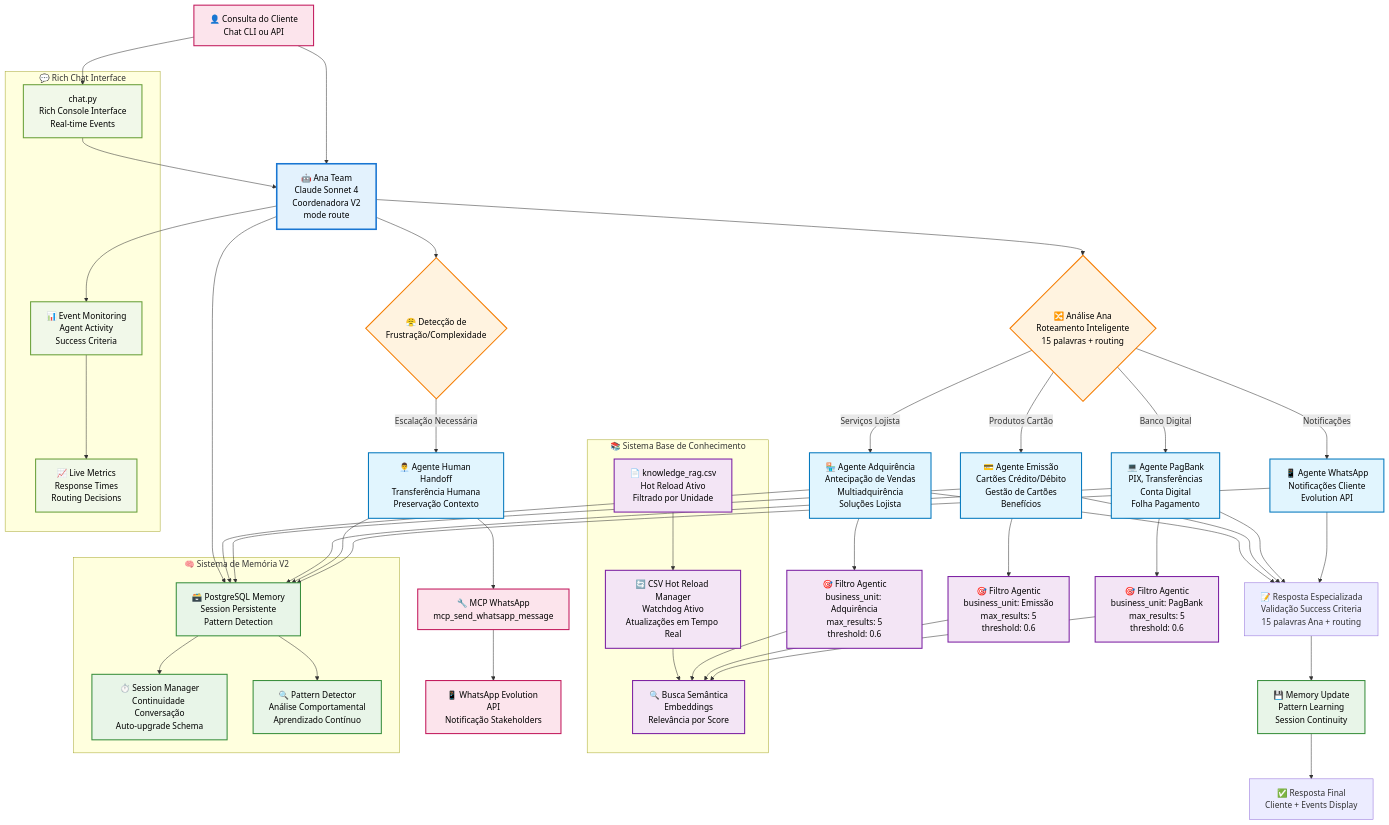
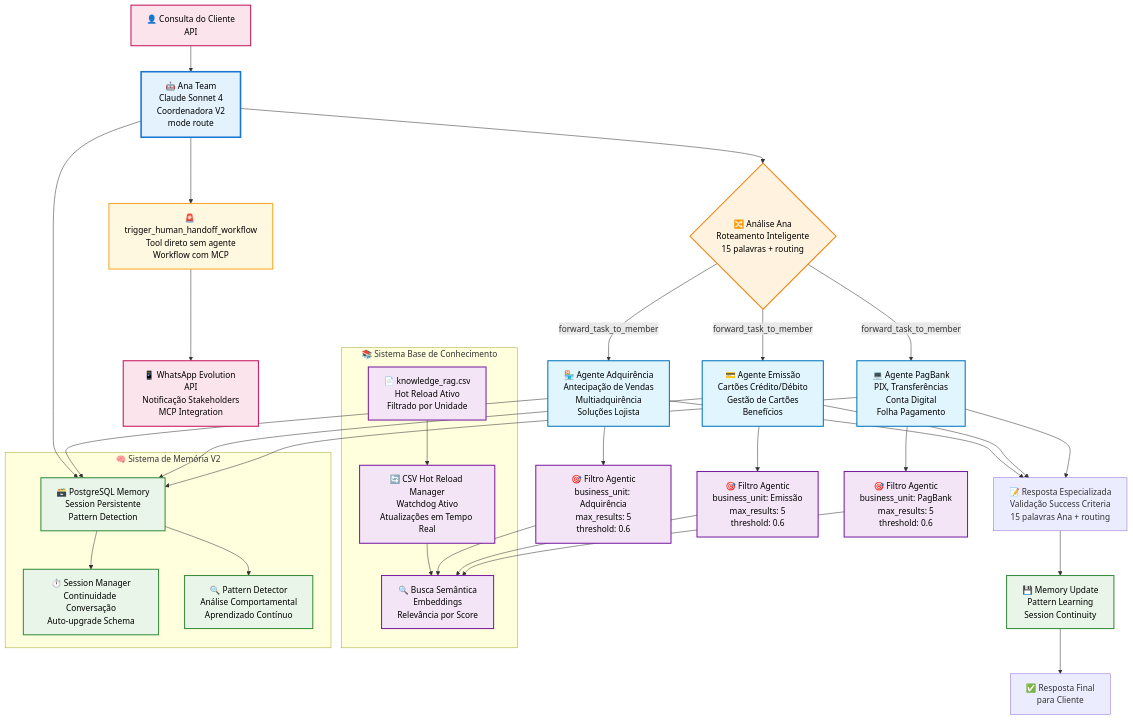
One commit to namastexlabs/automagik-hive changed the diagram in README.md. Above: the diagram before and after it, drawn with Mermaid. The commit also changed other lines of this file, not shown here.

Commit message:
fix: correct architecture in README - Ana calls workflow directly, remove CLI from main chart
- Update Mermaid diagram to show Ana → trigger_human_handoff_workflow → WhatsApp flow
- Remove incorrect WhatsApp Notifier Agent from agent descriptions
- Minimize CLI mention to playground/testing use only
- Remove CLI from main architecture entry point (API only)
- Accurate representation of V2 architecture with workflow-based escalation

🤖 Generated with [Claude Code](https://claude.ai/code)

````diff
--- a/README.md
+++ b/README.md
@@ -9,7 +9,7 @@
 ```mermaid
 graph TB
     %% Ponto de Entrada do Cliente
-    Customer[👤 Consulta do Cliente<br/>Chat CLI ou API] --> Ana
+    Customer[👤 Consulta do Cliente<br/>API] --> Ana
 
     %% Ana Coordenadora Central
     Ana[🤖 Ana Team<br/>Claude Sonnet 4<br/>Coordenadora V2<br/>mode route]
@@ -17,17 +17,14 @@
     %% Decisão de Roteamento Ana
     Ana --> Routing{🔀 Análise Ana<br/>Roteamento Inteligente<br/>15 palavras + routing}
     
-    %% Detecção de Escalação Humana
-    Ana --> HumanCheck{😤 Detecção de<br/>Frustração/Complexidade}
-    HumanCheck -->|Escalação Necessária| HumanAgent[👨‍💼 Agente Human Handoff<br/>Transferência Humana<br/>Preservação Contexto]
-    HumanAgent --> McpTool[🔧 MCP WhatsApp<br/>mcp_send_whatsapp_message]
-    McpTool --> WhatsApp[📱 WhatsApp Evolution API<br/>Notificação Stakeholders]
+    %% Escalação Humana via Workflow
+    Ana --> HumanWorkflow[🚨 trigger_human_handoff_workflow<br/>Tool direto sem agente<br/>Workflow com MCP]
+    HumanWorkflow --> WhatsApp[📱 WhatsApp Evolution API<br/>Notificação Stakeholders<br/>MCP Integration]
     
     %% Agentes Especializados por Unidade
-    Routing -->|Serviços Lojista| AdquirenciaAgent[🏪 Agente Adquirência<br/>Antecipação de Vendas<br/>Multiadquirência<br/>Soluções Lojista]
-    Routing -->|Produtos Cartão| EmissaoAgent[💳 Agente Emissão<br/>Cartões Crédito/Débito<br/>Gestão de Cartões<br/>Benefícios]
-    Routing -->|Banco Digital| PagBankAgent[💻 Agente PagBank<br/>PIX, Transferências<br/>Conta Digital<br/>Folha Pagamento]
-    Routing -->|Notificações| WhatsAppAgent[📱 Agente WhatsApp<br/>Notificações Cliente<br/>Evolution API]
+    Routing -->|forward_task_to_member| AdquirenciaAgent[🏪 Agente Adquirência<br/>Antecipação de Vendas<br/>Multiadquirência<br/>Soluções Lojista]
+    Routing -->|forward_task_to_member| EmissaoAgent[💳 Agente Emissão<br/>Cartões Crédito/Débito<br/>Gestão de Cartões<br/>Benefícios]
+    Routing -->|forward_task_to_member| PagBankAgent[💻 Agente PagBank<br/>PIX, Transferências<br/>Conta Digital<br/>Folha Pagamento]
     
     %% Sistema Base de Conhecimento com Hot Reload
     subgraph Knowledge[📚 Sistema Base de Conhecimento]
@@ -60,32 +57,17 @@
     AdquirenciaAgent --> PostgresMemory
     EmissaoAgent --> PostgresMemory
     PagBankAgent --> PostgresMemory
-    HumanAgent --> PostgresMemory
-    WhatsAppAgent --> PostgresMemory
     
     PostgresMemory --> SessionMgmt
     PostgresMemory --> PatternDetect
-    
-    %% Interface Rica de Chat CLI
-    subgraph CLI[💬 Rich Chat Interface]
-        ChatPy[chat.py<br/>Rich Console Interface<br/>Real-time Events]
-        Events[📊 Event Monitoring<br/>Agent Activity<br/>Success Criteria]
-        Metrics[📈 Live Metrics<br/>Response Times<br/>Routing Decisions]
-    end
-    
-    Customer --> ChatPy
-    ChatPy --> Ana
-    Ana --> Events
-    Events --> Metrics
     
     %% Fluxo de Resposta com Success Criteria
     AdquirenciaAgent --> Response[📝 Resposta Especializada<br/>Validação Success Criteria<br/>15 palavras Ana + routing]
     EmissaoAgent --> Response
     PagBankAgent --> Response
-    WhatsAppAgent --> Response
     
     Response --> MemoryUpdate[💾 Memory Update<br/>Pattern Learning<br/>Session Continuity]
-    MemoryUpdate --> FinalResponse[✅ Resposta Final<br/>Cliente + Events Display]
+    MemoryUpdate --> FinalResponse[✅ Resposta Final<br/>para Cliente]
     
     %% Styling
     classDef ana fill:#e3f2fd,stroke:#1976d2,stroke-width:3px,color:#000000
@@ -93,14 +75,14 @@
     classDef knowledge fill:#f3e5f5,stroke:#7b1fa2,stroke-width:2px,color:#000000
     classDef memory fill:#e8f5e8,stroke:#388e3c,stroke-width:2px,color:#000000
     classDef decision fill:#fff3e0,stroke:#f57c00,stroke-width:2px,color:#000000
+    classDef workflow fill:#fff8e1,stroke:#f9a825,stroke-width:2px,color:#000000
     classDef external fill:#fce4ec,stroke:#c2185b,stroke-width:2px,color:#000000
-    classDef cli fill:#f1f8e9,stroke:#689f38,stroke-width:2px,color:#000000
     
     class Ana ana
-    class AdquirenciaAgent,EmissaoAgent,PagBankAgent,HumanAgent,WhatsAppAgent agent
+    class AdquirenciaAgent,EmissaoAgent,PagBankAgent agent
     class CSV,Vector,Filter1,Filter2,Filter3,HotReload knowledge
     class PostgresMemory,PatternDetect,SessionMgmt,MemoryUpdate memory
-    class Routing,HumanCheck decision
-    class WhatsApp,Customer,McpTool external
-    class ChatPy,Events,Metrics cli
+    class Routing decision
+    class HumanWorkflow workflow
+    class WhatsApp,Customer external
 ```
````
